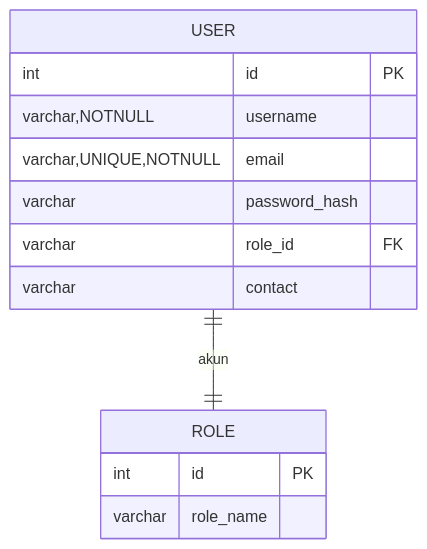
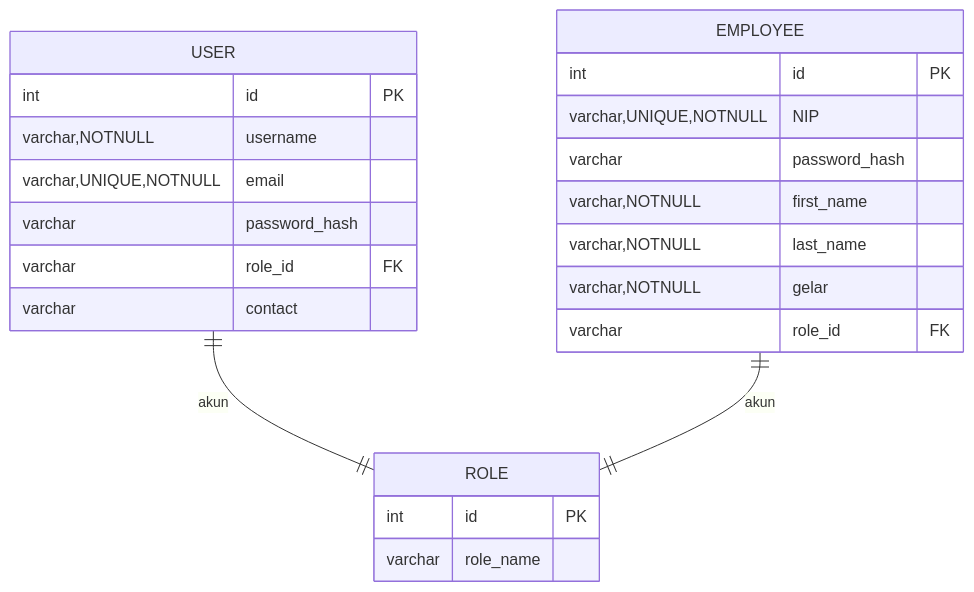
Before and after one commit to asasonda/koda-b1-db4: the diagram in README.md, drawn with Mermaid. The commit also changed 1 other file, not shown here.

Commit message:
feat users role employee

````diff
--- a/README.md
+++ b/README.md
@@ -1,20 +1,29 @@
 ```mermaid
 erDiagram
     USER ||--|| ROLE : akun
+    EMPLOYEE ||--|| ROLE : akun
 
     USER{
         int id PK
         varchar,NOTNULL username
         varchar,UNIQUE,NOTNULL email
         varchar password_hash
         varchar role_id FK
         varchar contact
     }
 
     ROLE{
         int id PK
         varchar role_name
     }
-    
 
+    EMPLOYEE{
+        int id PK
+        varchar,UNIQUE,NOTNULL NIP
+        varchar password_hash
+        varchar,NOTNULL first_name
+        varchar,NOTNULL last_name
+        varchar,NOTNULL gelar
+        varchar role_id FK
+    }
 ```
````
